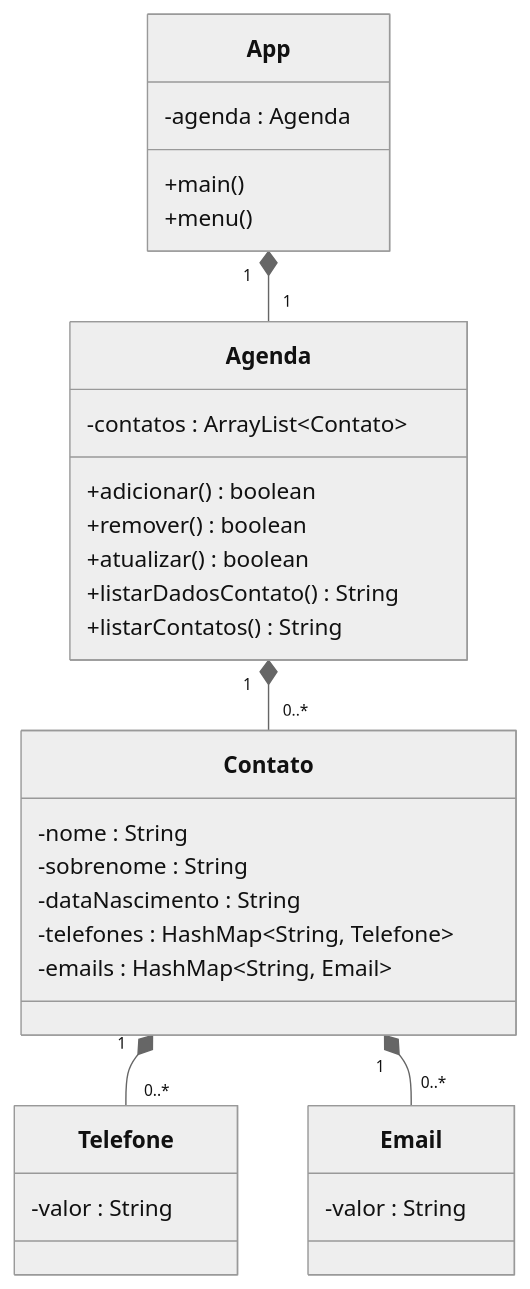
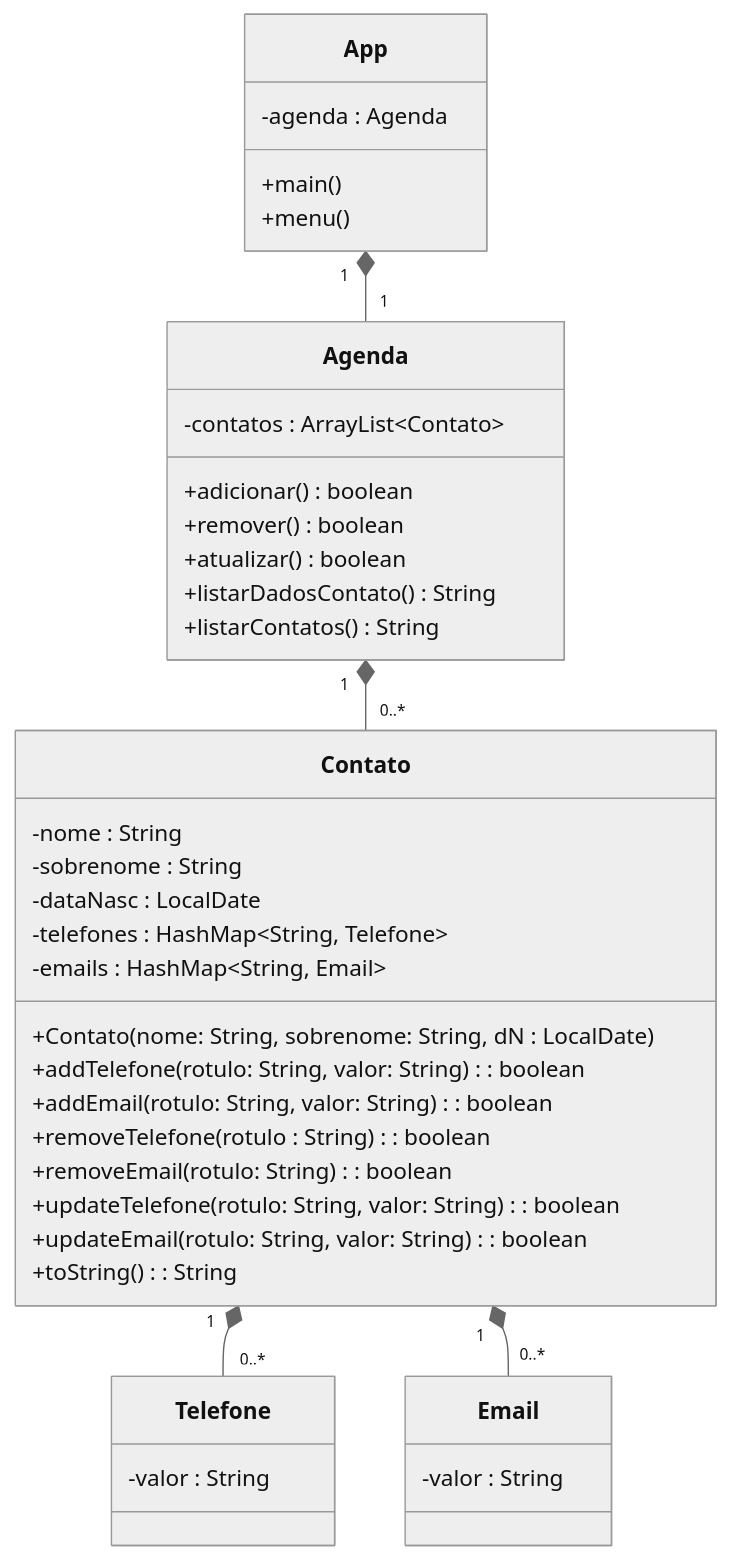
One commit to LuisEAbreu/poo changed the diagram in aulas/2026-10-05/projeto02/README.md. Above: the diagram before and after it, drawn with Mermaid (neutral theme).

Commit message:
Atualizando atributos e métodos da classe Contato na UML

````diff
--- a/aulas/2026-10-05/projeto02/README.md
+++ b/aulas/2026-10-05/projeto02/README.md
@@ -17,39 +17,48 @@
 ```mermaid
     classDiagram
         
         class App{
             -agenda : Agenda
             +main()
             +menu()
         }
         
         class Agenda{ 
             -contatos : ArrayList~Contato~
             +adicionar() boolean
             +remover() boolean
             +atualizar() boolean
             +listarDadosContato() String
             +listarContatos() String
         }
         
         class Contato{
             -nome : String
             -sobrenome : String
-            -dataNascimento : String
+            -dataNasc : LocalDate
             -telefones : HashMap~String, Telefone~
             -emails : HashMap~String, Email~
+
+            +Contato(nome: String, sobrenome: String, dN : LocalDate)
+            +addTelefone(rotulo: String, valor: String): boolean
+            +addEmail(rotulo: String, valor: String): boolean
+            +removeTelefone(rotulo : String): boolean
+            +removeEmail(rotulo: String): boolean
+            +updateTelefone(rotulo: String, valor: String): boolean
+            +updateEmail(rotulo: String, valor: String): boolean
+            +toString(): String
         }
         
         class Telefone{
             -valor : String
         }
 
         class Email{ 
             -valor : String
         }
         
         App "1" *-- "1" Agenda
         Agenda "1" *-- "0..*" Contato
         Contato "1" *-- "0..*" Telefone
         Contato "1" *-- "0..*" Email
 ```
````
